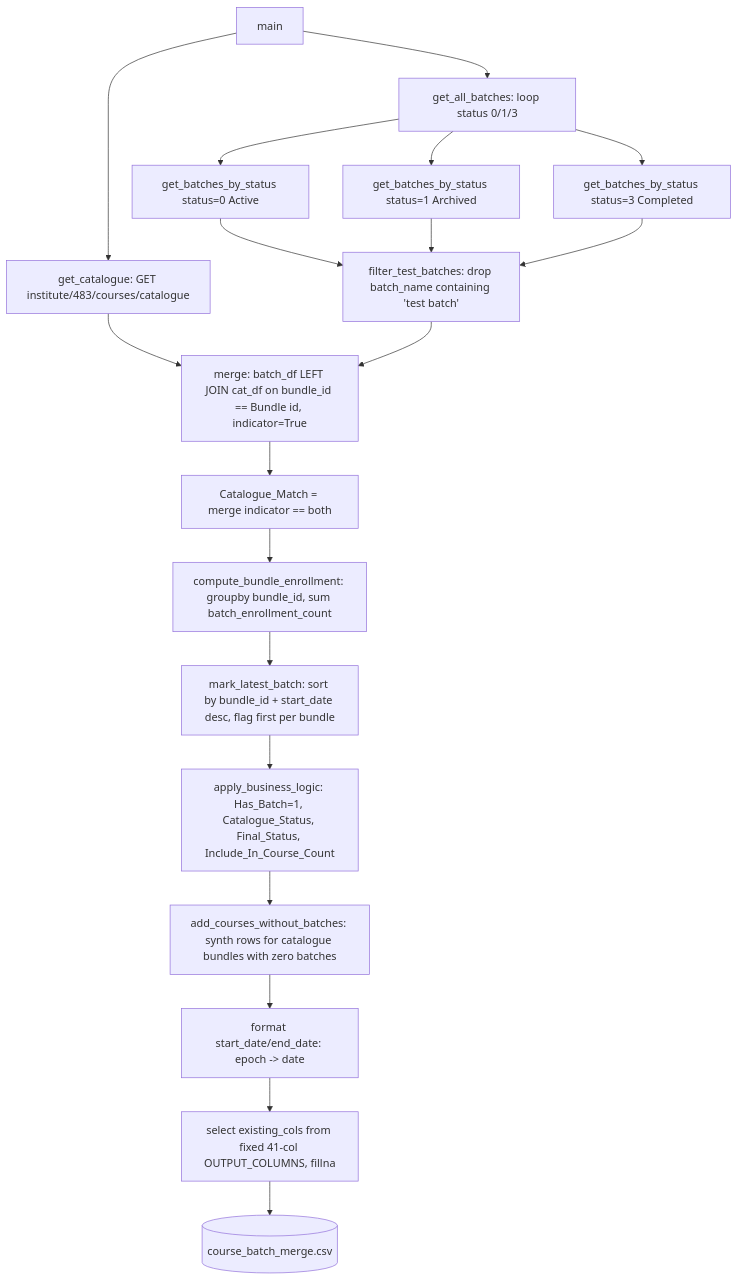
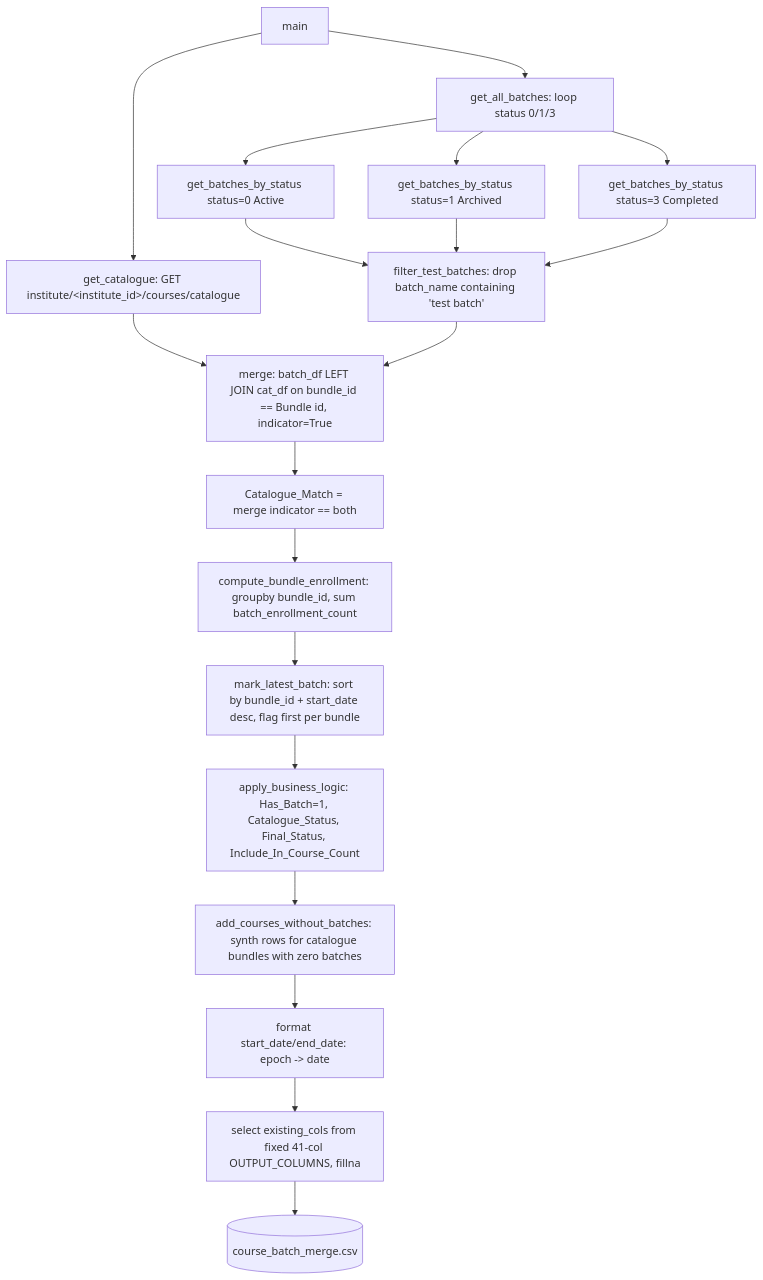
The diagram in course_batch_merge/COURSE_BATCH_MERGE.md (shubhamvyoma-oss/ela_datasets), drawn with Mermaid before and after one commit. The commit also changed other lines of this file and 23 other files, not shown here.

````diff
--- a/course_batch_merge/COURSE_BATCH_MERGE.md
+++ b/course_batch_merge/COURSE_BATCH_MERGE.md
@@ -11,21 +11,21 @@
 ```mermaid
 flowchart TD
-    A[main] --> B[get_catalogue: GET institute/483/courses/catalogue]
+    A[main] --> B[get_catalogue: GET institute/&lt;institute_id&gt;/courses/catalogue]
     A --> C[get_all_batches: loop status 0/1/3]
     C --> C1[get_batches_by_status status=0 Active]
     C --> C2[get_batches_by_status status=1 Archived]
     C --> C3[get_batches_by_status status=3 Completed]
     C1 --> D[filter_test_batches: drop batch_name containing 'test batch']
     C2 --> D
     C3 --> D
     B --> E[merge: batch_df LEFT JOIN cat_df on bundle_id == Bundle id, indicator=True]
     D --> E
     E --> F[Catalogue_Match = merge indicator == both]
     F --> G[compute_bundle_enrollment: groupby bundle_id, sum batch_enrollment_count]
     G --> H[mark_latest_batch: sort by bundle_id + start_date desc, flag first per bundle]
     H --> I[apply_business_logic: Has_Batch=1, Catalogue_Status, Final_Status, Include_In_Course_Count]
     I --> J[add_courses_without_batches: synth rows for catalogue bundles with zero batches]
     J --> K[format start_date/end_date: epoch -> date]
     K --> L[select existing_cols from fixed 41-col OUTPUT_COLUMNS, fillna]
     L --> M[(course_batch_merge.csv)]
 ```
````
